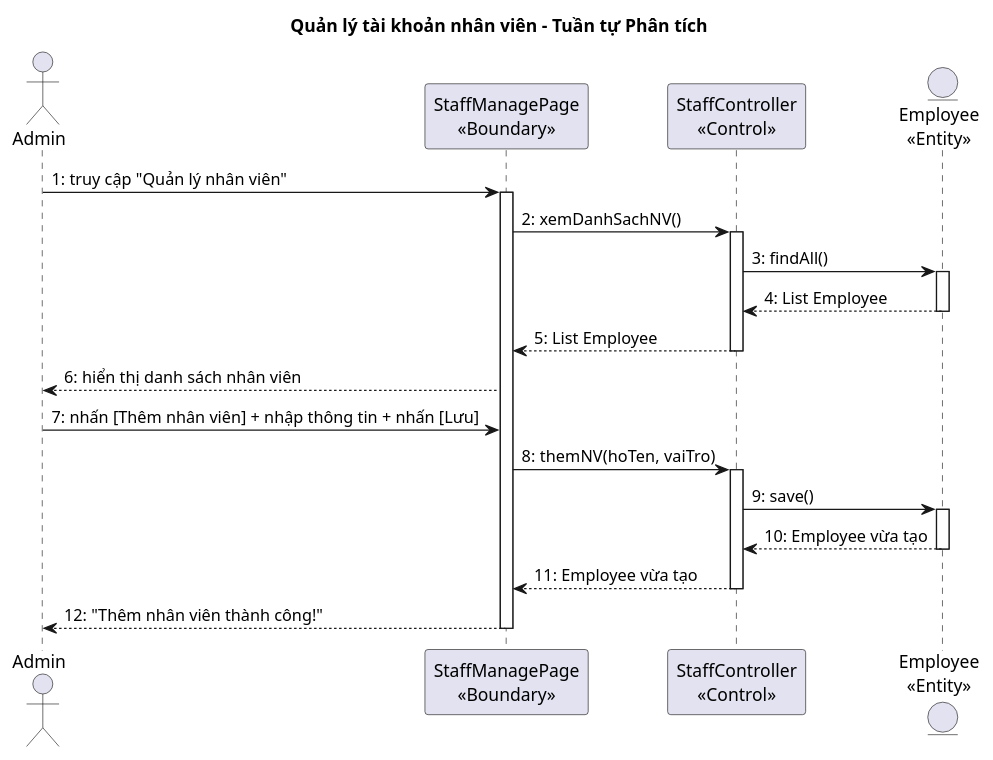
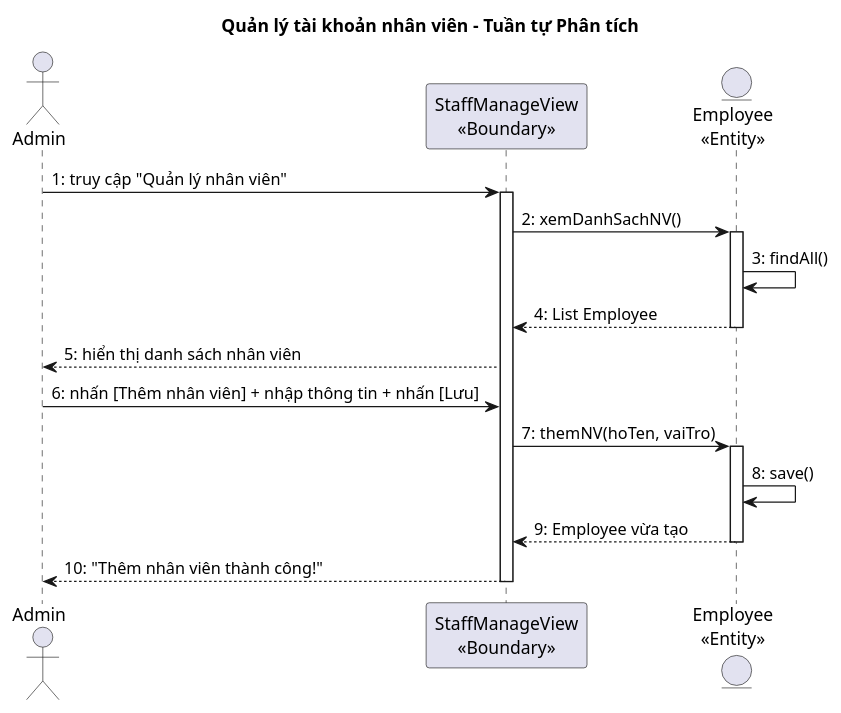
Before and after one commit to thanhtrnnn/cnpm: the fifth of 5 diagrams in docs/tabs/section-account-ii.md, drawn with PlantUML. The commit also changed other lines of this file and 7 other files, not shown here.

First line of the commit message:
fix: analysis phase — View suffix, no Controller, methods on Entity

````diff
--- a/docs/tabs/section-account-ii.md
+++ b/docs/tabs/section-account-ii.md
@@ -454,34 +441,27 @@
 ```plantuml
 @startuml
 title Quản lý tài khoản nhân viên – Tuần tự Phân tích
 
 actor "Admin" as Admin
-participant "StaffManagePage\n<<Boundary>>" as B1
-participant "StaffController\n<<Control>>" as C1
+participant "StaffManageView\n<<Boundary>>" as B1
 entity "Employee\n<<Entity>>" as E1
 
 Admin -> B1 : 1: truy cập "Quản lý nhân viên"
 activate B1
-B1 -> C1 : 2: xemDanhSachNV()
-activate C1
-C1 -> E1 : 3: findAll()
+B1 -> E1 : 2: xemDanhSachNV()
 activate E1
-E1 --> C1 : 4: List Employee
+E1 -> E1 : 3: findAll()
+E1 --> B1 : 4: List Employee
 deactivate E1
-C1 --> B1 : 5: List Employee
-deactivate C1
-B1 --> Admin : 6: hiển thị danh sách nhân viên
+B1 --> Admin : 5: hiển thị danh sách nhân viên
 
-Admin -> B1 : 7: nhấn [Thêm nhân viên] + nhập thông tin + nhấn [Lưu]
-B1 -> C1 : 8: themNV(hoTen, vaiTro)
-activate C1
-C1 -> E1 : 9: save()
+Admin -> B1 : 6: nhấn [Thêm nhân viên] + nhập thông tin + nhấn [Lưu]
+B1 -> E1 : 7: themNV(hoTen, vaiTro)
 activate E1
-E1 --> C1 : 10: Employee vừa tạo
+E1 -> E1 : 8: save()
+E1 --> B1 : 9: Employee vừa tạo
 deactivate E1
-C1 --> B1 : 11: Employee vừa tạo
-deactivate C1
-B1 --> Admin : 12: "Thêm nhân viên thành công!"
+B1 --> Admin : 10: "Thêm nhân viên thành công!"
 deactivate B1
 @enduml
 ```
````
